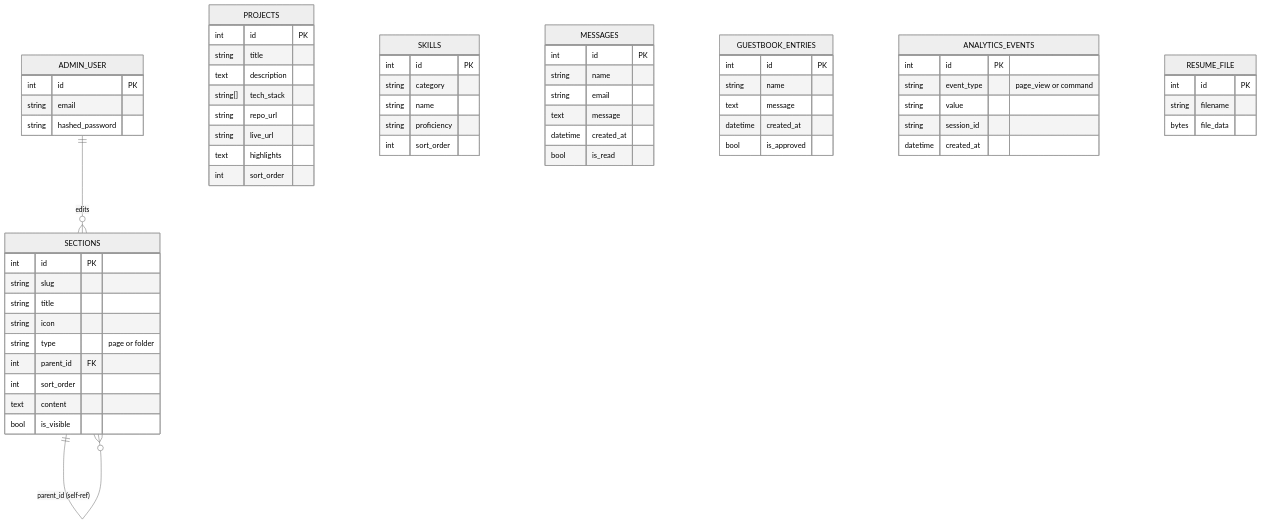
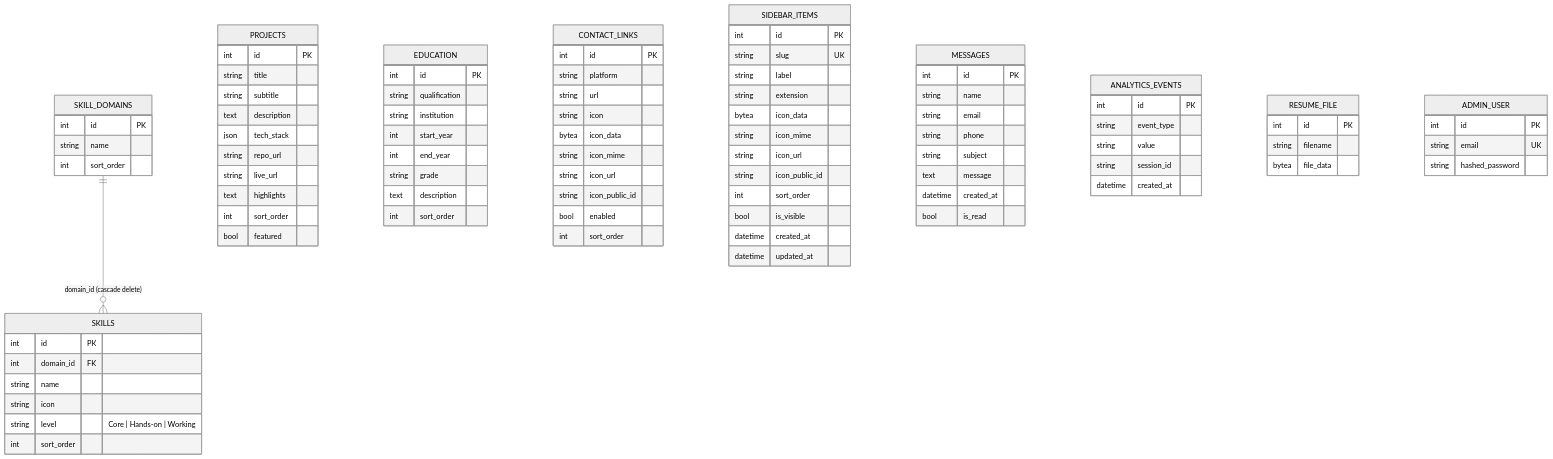
The diagram in docs/architecture/database-schema.md (Ibrahim-2005/portfolio), drawn with Mermaid (neutral theme) before and after one commit. The commit also changed other lines of this file and 7 other files, not shown here.

Commit message:
docs: finalize planning and architecture

````diff
--- a/docs/architecture/database-schema.md
+++ b/docs/architecture/database-schema.md
@@ -5,65 +30,102 @@
 ```mermaid
 erDiagram
-    SECTIONS ||--o{ SECTIONS : "parent_id (self-ref)"
-    ADMIN_USER ||--o{ SECTIONS : edits
+    SKILL_DOMAINS ||--o{ SKILLS : "domain_id (cascade delete)"
+
+    SKILL_DOMAINS {
+        int id PK
+        string name
+        int sort_order
+    }
+
+    SKILLS {
+        int id PK
+        int domain_id FK
+        string name
+        string icon
+        string level "Core | Hands-on | Working"
+        int sort_order
+    }
+
     PROJECTS {
         int id PK
         string title
+        string subtitle
         text description
-        string[] tech_stack
+        json tech_stack
         string repo_url
         string live_url
         text highlights
         int sort_order
+        bool featured
     }
-    SKILLS {
+
+    EDUCATION {
         int id PK
-        string category
-        string name
-        string proficiency
+        string qualification
+        string institution
+        int start_year
+        int end_year
+        string grade
+        text description
         int sort_order
     }
-    SECTIONS {
+
+    CONTACT_LINKS {
         int id PK
-        string slug
-        string title
+        string platform
+        string url
         string icon
-        string type "page or folder"
-        int parent_id FK
+        bytea icon_data
+        string icon_mime
+        string icon_url
+        string icon_public_id
+        bool enabled
         int sort_order
-        text content
+    }
+
+    SIDEBAR_ITEMS {
+        int id PK
+        string slug UK
+        string label
+        string extension
+        bytea icon_data
+        string icon_mime
+        string icon_url
+        string icon_public_id
+        int sort_order
         bool is_visible
+        datetime created_at
+        datetime updated_at
     }
+
     MESSAGES {
         int id PK
         string name
         string email
+        string phone
+        string subject
         text message
         datetime created_at
         bool is_read
     }
-    GUESTBOOK_ENTRIES {
-        int id PK
-        string name
-        text message
-        datetime created_at
-        bool is_approved
-    }
+
     ANALYTICS_EVENTS {
         int id PK
-        string event_type "page_view or command"
+        string event_type
         string value
         string session_id
         datetime created_at
     }
-    ADMIN_USER {
-        int id PK
-        string email
-        string hashed_password
-    }
+
     RESUME_FILE {
         int id PK
         string filename
-        bytes file_data
+        bytea file_data
+    }
+
+    ADMIN_USER {
+        int id PK
+        string email UK
+        string hashed_password
     }
 ```
````
